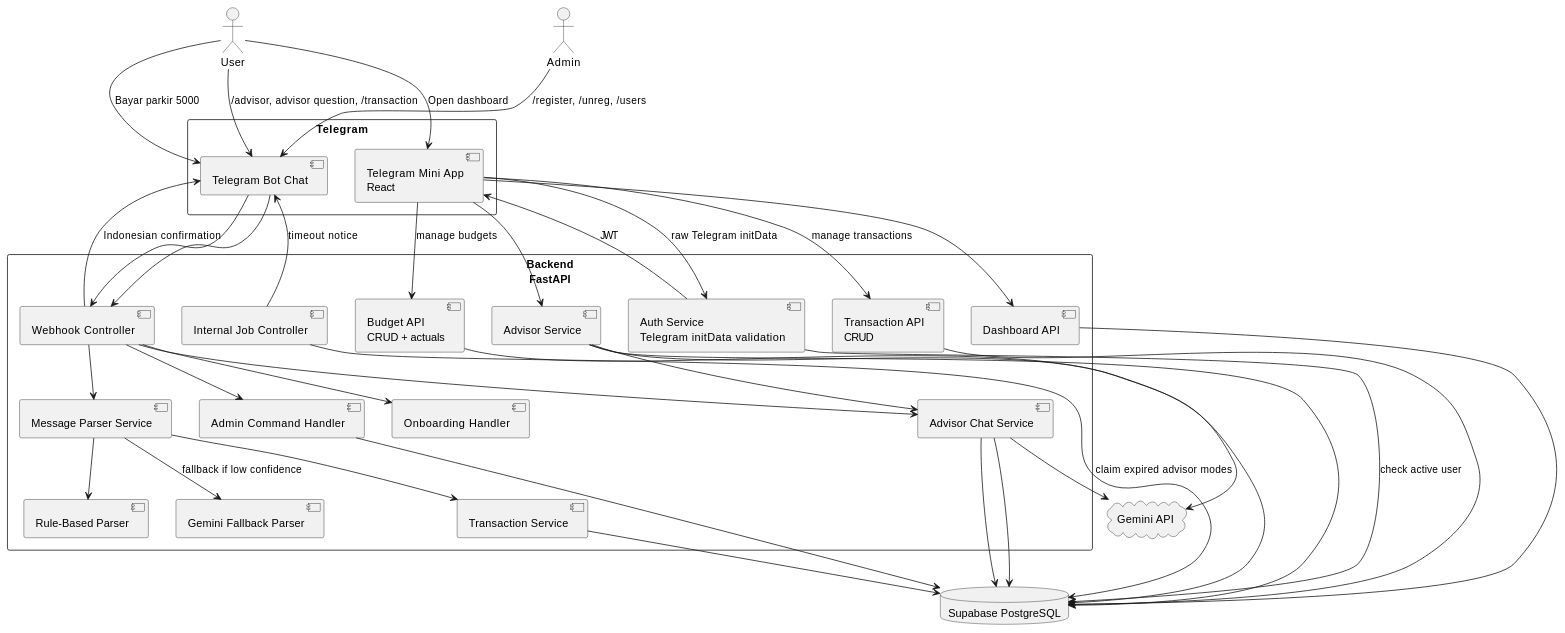
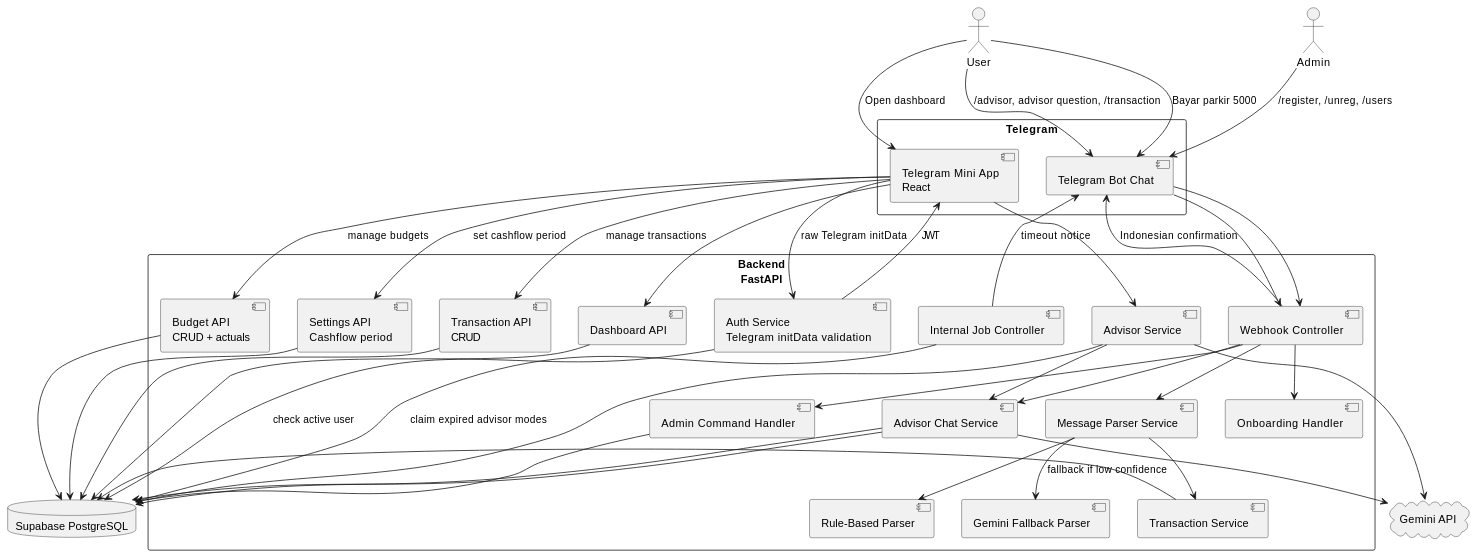
The first of 13 diagrams in docs/ARCHITECTURE.md (abdtirtayasa24/ai-expense-telegram), drawn with PlantUML before and after one commit. The commit also changed other lines of this file and 31 other files, not shown here.

Commit message:
feat: add custom cashflow period

````diff
--- a/docs/ARCHITECTURE.md
+++ b/docs/ARCHITECTURE.md
@@ -9,70 +9,73 @@
 ```plantuml
 @startuml
 actor User
 actor Admin
 
 rectangle "Telegram" {
   component "Telegram Bot Chat" as Bot
   component "Telegram Mini App\nReact" as MiniApp
 }
 
 rectangle "Backend\nFastAPI" {
   component "Webhook Controller" as Webhook
   component "Admin Command Handler" as AdminCommands
   component "Onboarding Handler" as Onboarding
   component "Message Parser Service" as Parser
   component "Rule-Based Parser" as RuleParser
   component "Gemini Fallback Parser" as Gemini
   component "Transaction Service" as TxService
   component "Transaction API\nCRUD" as TxApi
   component "Dashboard API" as Dashboard
   component "Budget API\nCRUD + actuals" as BudgetApi
+  component "Settings API\nCashflow period" as SettingsApi
   component "Advisor Service" as Advisor
   component "Advisor Chat Service" as AdvisorChat
   component "Auth Service\nTelegram initData validation" as Auth
   component "Internal Job Controller" as InternalJobs
 }
 
 database "Supabase PostgreSQL" as DB
 cloud "Gemini API" as GeminiApi
 
 Admin --> Bot : /register, /unreg, /users
 Bot --> Webhook
 Webhook --> AdminCommands
 AdminCommands --> DB
 
 User --> Bot : Bayar parkir 5000
 Bot --> Webhook
 Webhook --> Onboarding
 Webhook --> Parser
 Parser --> RuleParser
 Parser --> Gemini : fallback if low confidence
 Parser --> TxService
 TxService --> DB
 Webhook --> Bot : Indonesian confirmation
 
 User --> MiniApp : Open dashboard
 MiniApp --> Auth : raw Telegram initData
 Auth --> DB : check active user
 Auth --> MiniApp : JWT
 MiniApp --> Dashboard
 Dashboard --> DB
 MiniApp --> TxApi : manage transactions
 TxApi --> DB
 MiniApp --> BudgetApi : manage budgets
 BudgetApi --> DB
+MiniApp --> SettingsApi : set cashflow period
+SettingsApi --> DB
 MiniApp --> Advisor
 Advisor --> AdvisorChat
 Advisor --> DB
 Advisor --> GeminiApi
 AdvisorChat --> DB
 AdvisorChat --> GeminiApi
 
 User --> Bot : /advisor, advisor question, /transaction
 Webhook --> AdvisorChat
 AdvisorChat --> DB
 
 InternalJobs --> DB : claim expired advisor modes
 InternalJobs --> Bot : timeout notice
 @enduml
 ```
````
